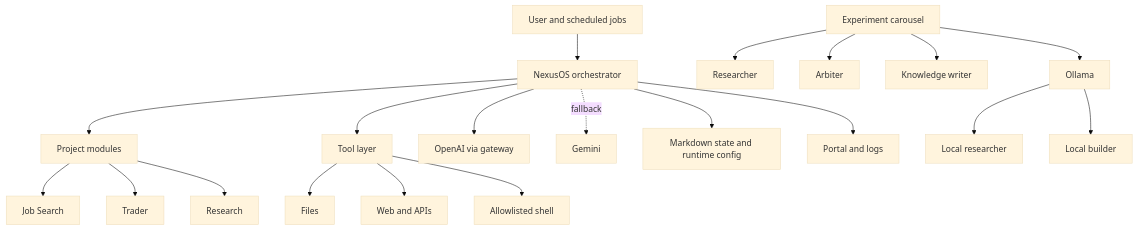
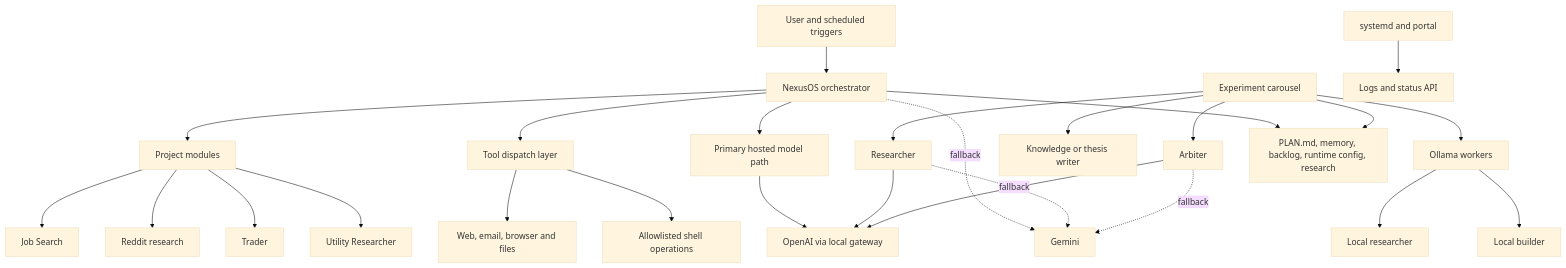
The diagram in docs/architecture.md (MagicJeff/Open_Claw_Setup_Oli_Lester), drawn with Mermaid (base theme) before and after one commit. The commit also changed other lines of this file and 8 other files, not shown here.

````diff
--- a/docs/architecture.md
+++ b/docs/architecture.md
@@ -7,22 +7,28 @@
 ```mermaid
 flowchart TD
-    U[User and scheduled jobs] --> N[NexusOS orchestrator]
-    N --> P[Project modules]
-    P --> J[Job Search]
-    P --> T[Trader]
-    P --> R[Research]
-    N --> TL[Tool layer]
-    TL --> F[Files]
-    TL --> W[Web and APIs]
-    TL --> S[Allowlisted shell]
-    N --> OAI[OpenAI via gateway]
+    U[User and scheduled triggers] --> N[NexusOS orchestrator]
+    N --> PM[Project modules]
+    PM --> JS[Job Search]
+    PM --> RD[Reddit research]
+    PM --> TR[Trader]
+    PM --> UR[Utility Researcher]
+    N --> TOOLS[Tool dispatch layer]
+    TOOLS --> WEB[Web, email, browser and files]
+    TOOLS --> OPS[Allowlisted shell operations]
+    N --> PRI[Primary hosted model path]
+    PRI --> OAI[OpenAI via local gateway]
     N -. fallback .-> GEM[Gemini]
-    C[Experiment carousel] --> RE[Researcher]
-    C --> AR[Arbiter]
-    C --> KW[Knowledge writer]
-    C --> OLL[Ollama]
+    CAR[Experiment carousel] --> RES[Researcher]
+    CAR --> ARB[Arbiter]
+    CAR --> KB[Knowledge or thesis writer]
+    RES --> OAI
+    RES -. fallback .-> GEM
+    ARB --> OAI
+    ARB -. fallback .-> GEM
+    CAR --> OLL[Ollama workers]
     OLL --> LR[Local researcher]
     OLL --> LB[Local builder]
-    N --> STATE[Markdown state and runtime config]
-    N --> OBS[Portal and logs]
+    N --> STATE[PLAN.md, memory, backlog, runtime config, research]
+    CAR --> STATE
+    DEP[systemd and portal] --> OBS[Logs and status API]
 ```
````
